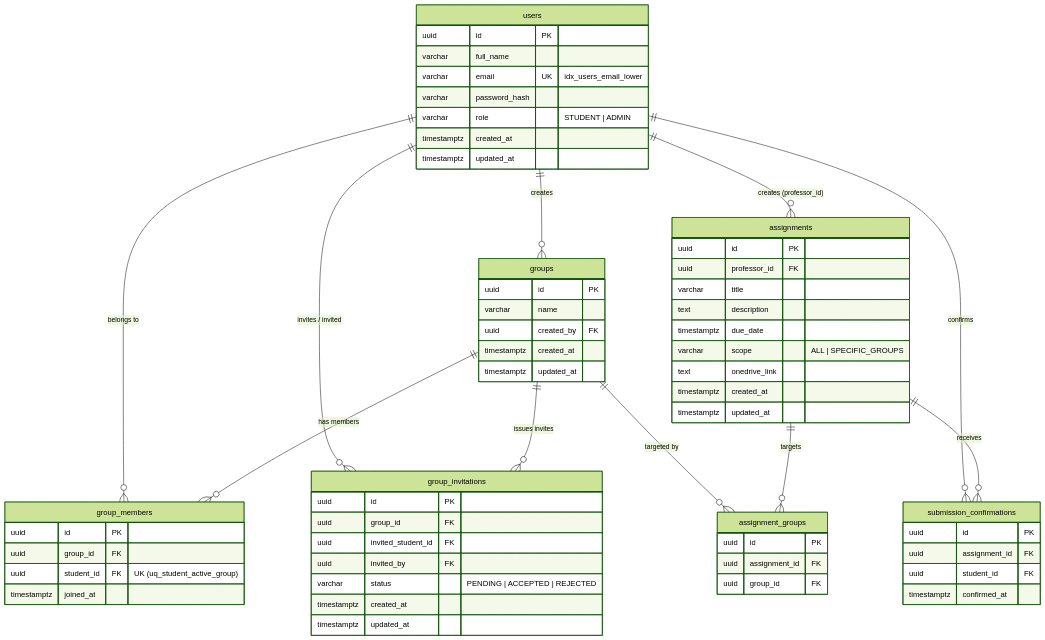
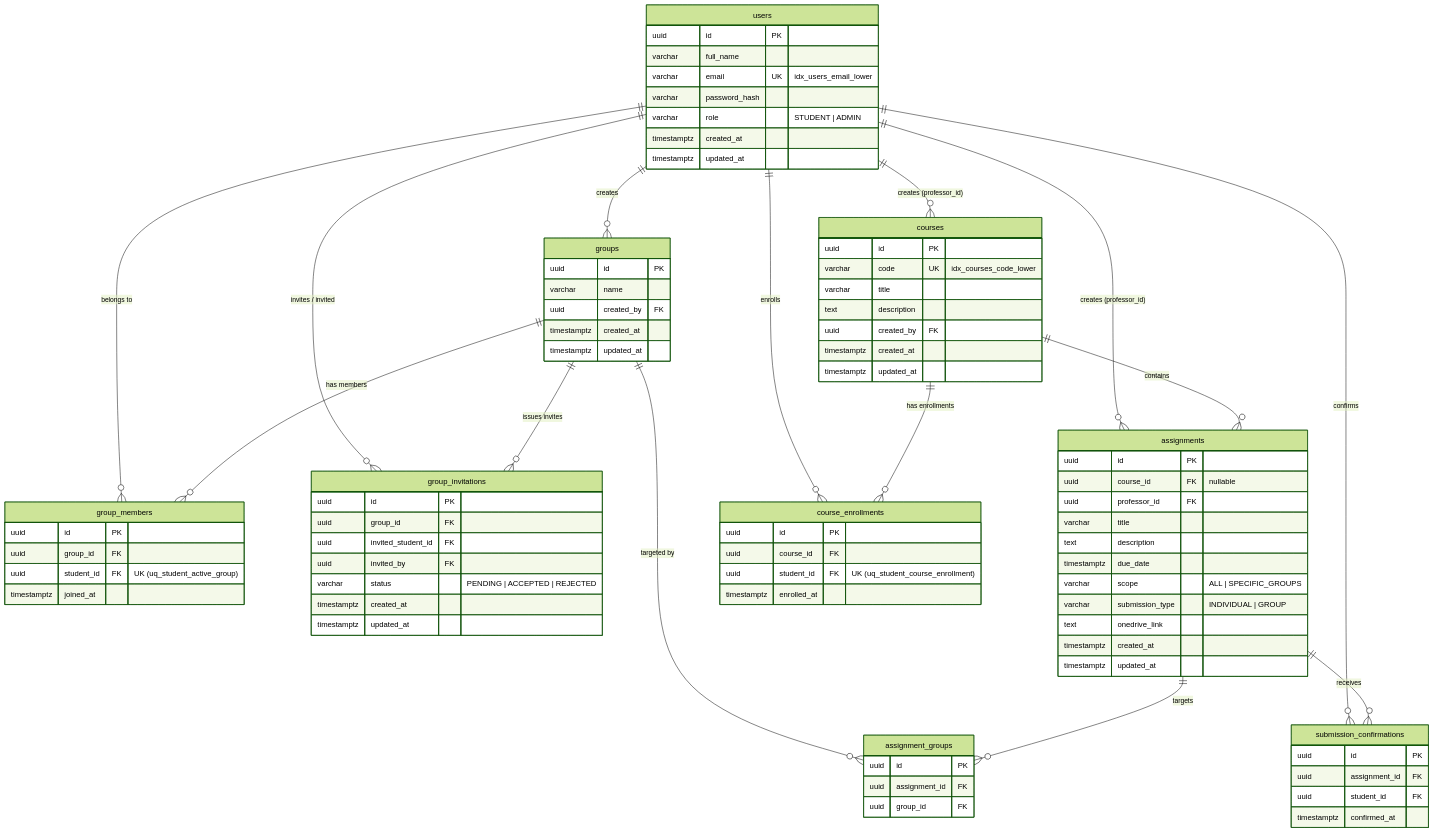
The diagram in README.md (mayur-thakre-7526/joineazy-student-management), drawn with Mermaid (forest theme) before and after one commit. The commit also changed other lines of this file and 29 other files, not shown here.

Commit message:
feat(round2): introduce course management and enrollment

```diff
--- a/README.md
+++ b/README.md
@@ -144,6 +158,11 @@
     users ||--o{ group_invitations : "invites / invited"
     users ||--o{ assignments : "creates (professor_id)"
     users ||--o{ submission_confirmations : "confirms"
+    users ||--o{ courses : "creates (professor_id)"
+    users ||--o{ course_enrollments : "enrolls"
+
+    courses ||--o{ course_enrollments : "has enrollments"
+    courses ||--o{ assignments : "contains"
 
     groups ||--o{ group_members : "has members"
     groups ||--o{ group_invitations : "issues invites"
@@ -160,6 +179,23 @@
         varchar role "STUDENT | ADMIN"
         timestamptz created_at
         timestamptz updated_at
+    }
+
+    courses {
+        uuid id PK
+        varchar code UK "idx_courses_code_lower"
+        varchar title
+        text description
+        uuid created_by FK
+        timestamptz created_at
+        timestamptz updated_at
+    }
+
+    course_enrollments {
+        uuid id PK
+        uuid course_id FK
+        uuid student_id FK "UK (uq_student_course_enrollment)"
+        timestamptz enrolled_at
     }
 
     groups {
@@ -189,11 +225,13 @@
 
     assignments {
         uuid id PK
+        uuid course_id FK "nullable"
         uuid professor_id FK
         varchar title
         text description
         timestamptz due_date
         varchar scope "ALL | SPECIFIC_GROUPS"
+        varchar submission_type "INDIVIDUAL | GROUP"
         text onedrive_link
         timestamptz created_at
         timestamptz updated_at
```
